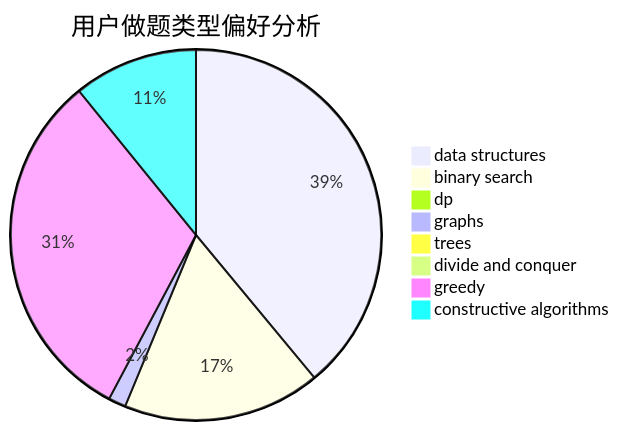
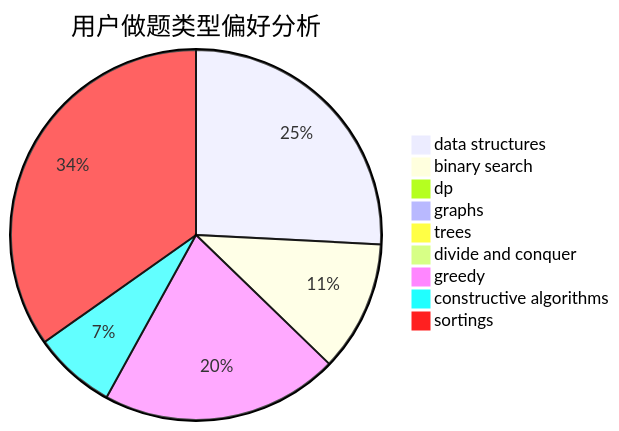
The second of 3 diagrams in docs/user/u256.md (sherpahu/cfrs.github.io), drawn with Mermaid before and after one commit. The commit also changed other lines of this file and 2769 other files, not shown here.

````diff
--- a/docs/user/u256.md
+++ b/docs/user/u256.md
@@ -23,11 +18,12 @@
 ```mermaid
 pie title 用户做题类型偏好分析
     "data structures" :  359
     "binary search" :  159
     "dp" :  5
     "graphs" :  14
     "trees" :  0
     "divide and conquer" :  1
     "greedy" :  289
     "constructive algorithms" :  100
+    "sortings" :  484
 ```
````
